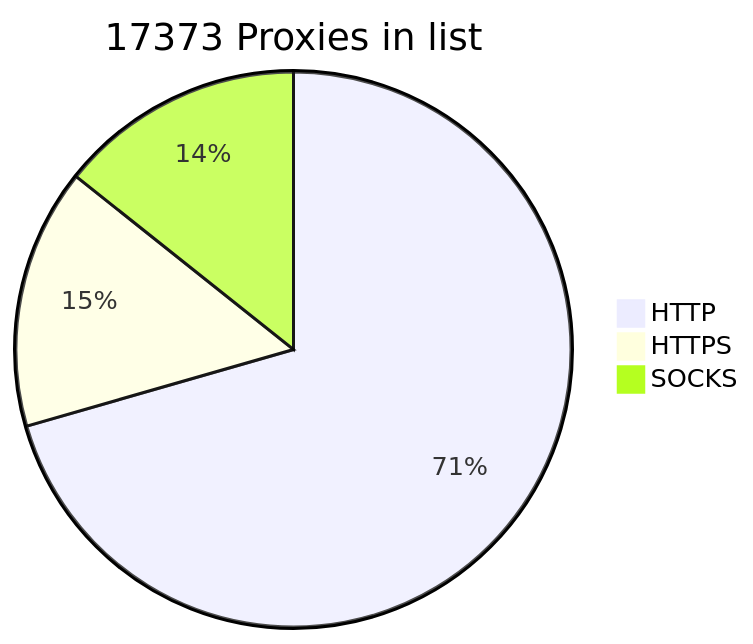
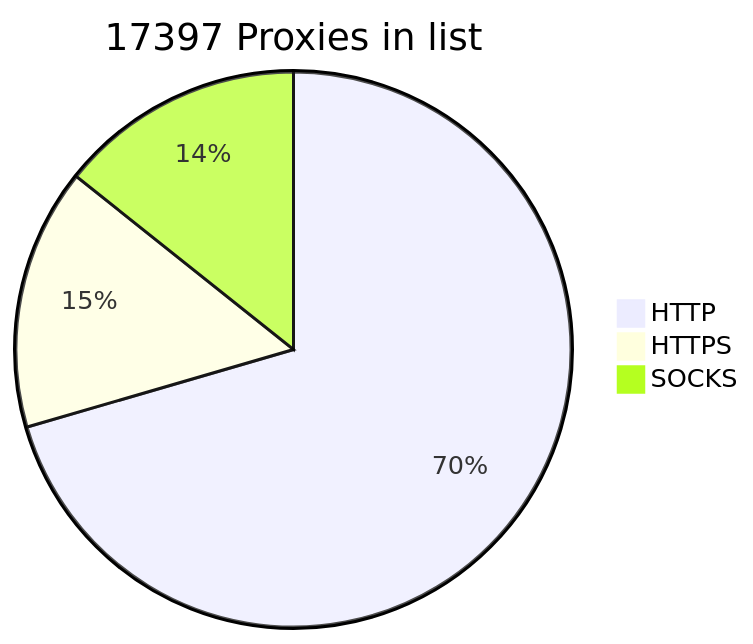
Before and after one commit to BlackSnowDot/proxylist-update-every-minute: the diagram in README.md, drawn with Mermaid.

````diff
--- a/README.md
+++ b/README.md
@@ -2,6 +2,6 @@
 ```mermaid
-pie title 17373 Proxies in list
-    "HTTP" : 13145
-    "HTTPS": 2824
-    "SOCKS" : 2664
+pie title 17397 Proxies in list
+    "HTTP" : 13153
+    "HTTPS": 2840
+    "SOCKS" : 2666
 ```
````
